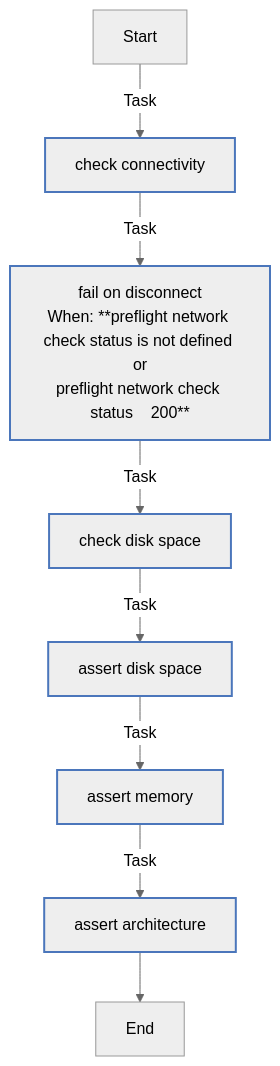
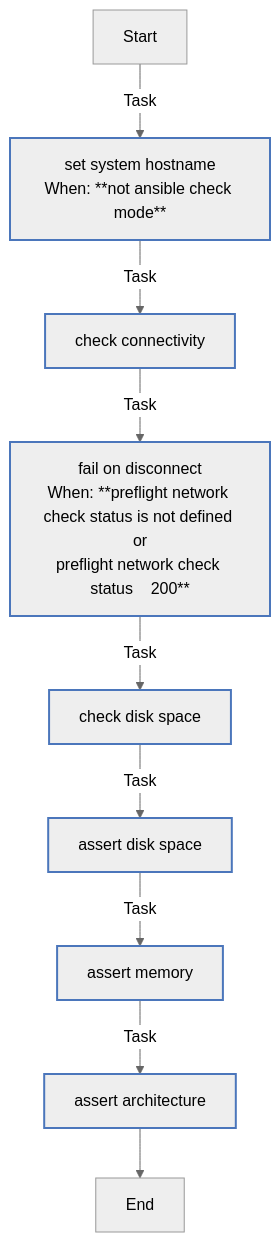
The diagram in roles/preflight/README.md (rou-cru/k3s-homelab), drawn with Mermaid (neutral theme) before and after one commit. The commit also changed other lines of this file and 26 other files, not shown here.

````diff
--- a/roles/preflight/README.md
+++ b/roles/preflight/README.md
@@ -87,20 +88,21 @@
 ```mermaid
 flowchart TD
 Start
 classDef block stroke:#3498db,stroke-width:2px;
 classDef task stroke:#4b76bb,stroke-width:2px;
 classDef includeTasks stroke:#16a085,stroke-width:2px;
 classDef importTasks stroke:#34495e,stroke-width:2px;
 classDef includeRole stroke:#2980b9,stroke-width:2px;
 classDef importRole stroke:#699ba7,stroke-width:2px;
 classDef includeVars stroke:#8e44ad,stroke-width:2px;
 classDef rescue stroke:#665352,stroke-width:2px;
 
-  Start-->|Task| Check_connectivity0[check connectivity]:::task
-  Check_connectivity0-->|Task| Fail_on_disconnect1[fail on disconnect<br>When: **preflight network check status is not defined or<br>preflight network check status    200**]:::task
-  Fail_on_disconnect1-->|Task| Check_disk_space2[check disk space]:::task
-  Check_disk_space2-->|Task| Assert_disk_space3[assert disk space]:::task
-  Assert_disk_space3-->|Task| Assert_memory4[assert memory]:::task
-  Assert_memory4-->|Task| Assert_architecture5[assert architecture]:::task
-  Assert_architecture5-->End
+  Start-->|Task| Set_system_hostname0[set system hostname<br>When: **not ansible check mode**]:::task
+  Set_system_hostname0-->|Task| Check_connectivity1[check connectivity]:::task
+  Check_connectivity1-->|Task| Fail_on_disconnect2[fail on disconnect<br>When: **preflight network check status is not defined or<br>preflight network check status    200**]:::task
+  Fail_on_disconnect2-->|Task| Check_disk_space3[check disk space]:::task
+  Check_disk_space3-->|Task| Assert_disk_space4[assert disk space]:::task
+  Assert_disk_space4-->|Task| Assert_memory5[assert memory]:::task
+  Assert_memory5-->|Task| Assert_architecture6[assert architecture]:::task
+  Assert_architecture6-->End
 ```
````
